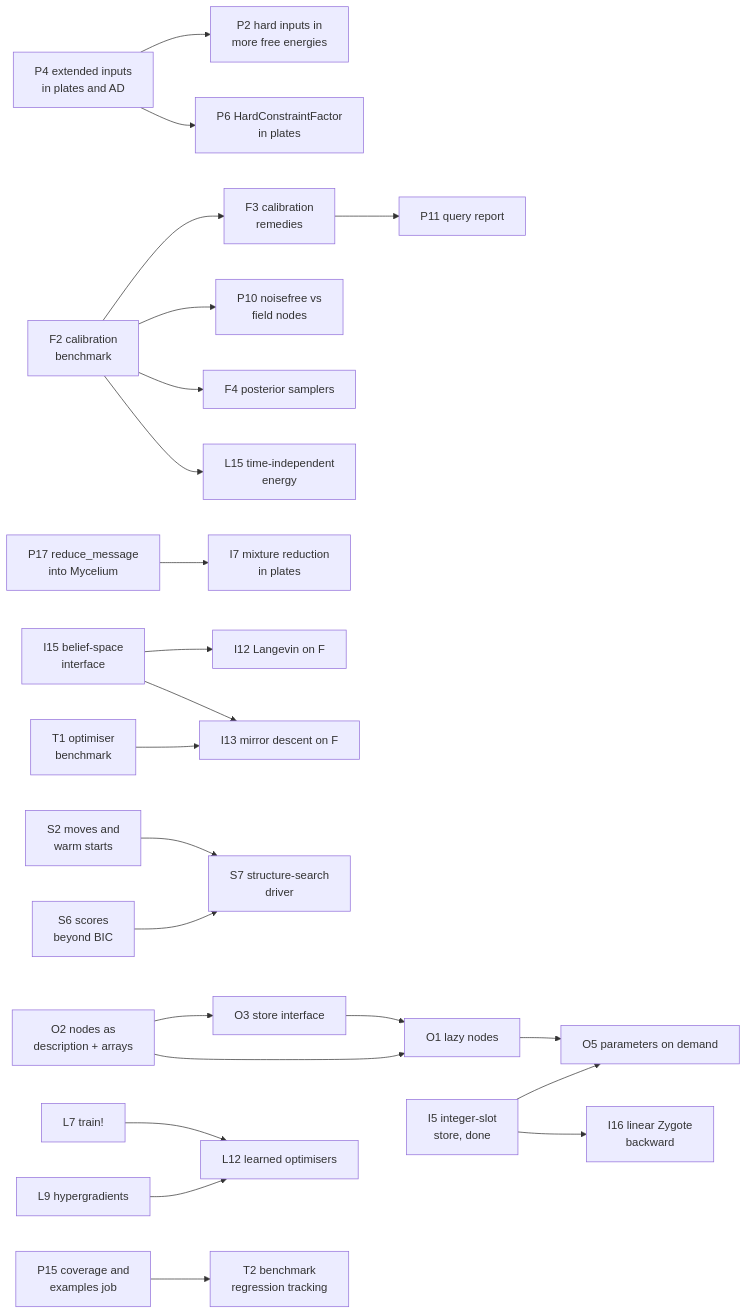
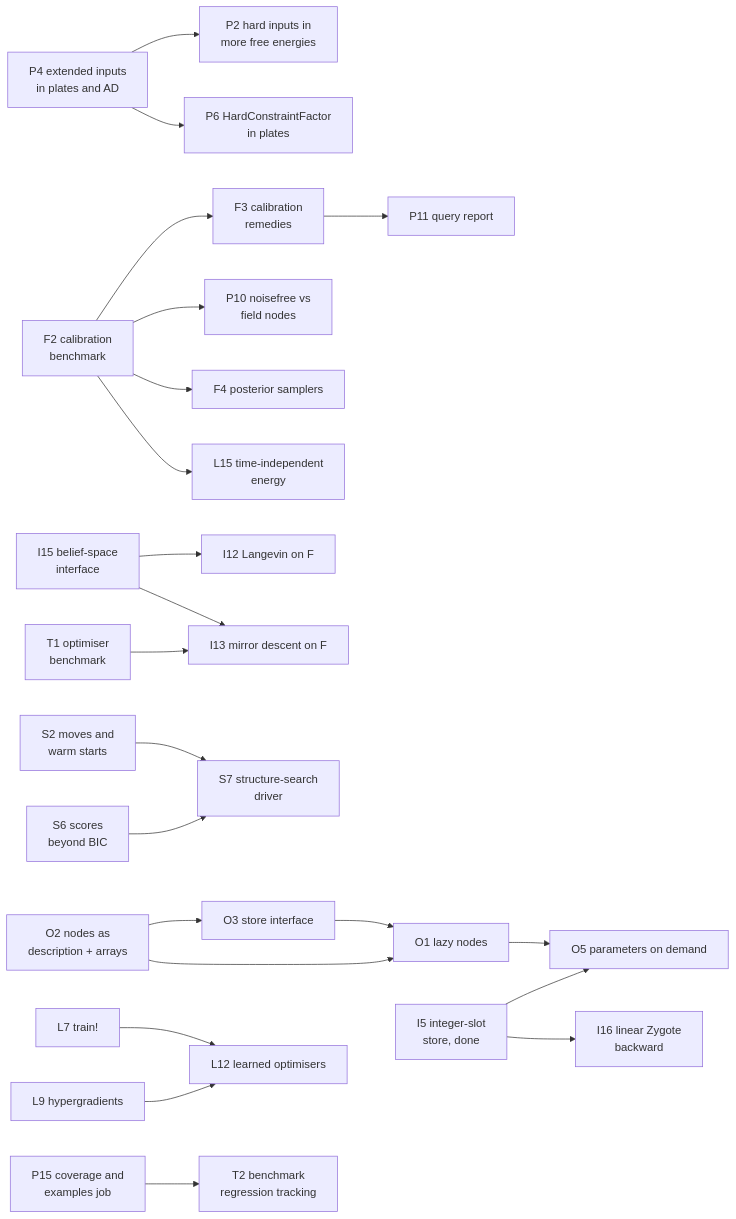
Before and after one commit to MathStruct/Lenticulum.jl: the diagram in vault/Project/Feature Backlog.md, drawn with Mermaid. The commit also changed other lines of this file and 23 other files, not shown here.

First line of the commit message:
P17, P18: mixture reduction into Mycelium, sample moments into LenticulumCore

````diff
--- a/vault/Project/Feature Backlog.md
+++ b/vault/Project/Feature Backlog.md
@@ -25,25 +25,24 @@
 ```mermaid
 graph LR
   P4[P4 extended inputs<br/>in plates and AD] --> P2[P2 hard inputs in<br/>more free energies]
   P4 --> P6[P6 HardConstraintFactor<br/>in plates]
   F2[F2 calibration<br/>benchmark] --> F3[F3 calibration<br/>remedies]
   F3 --> P11[P11 query report]
   F2 --> P10[P10 noisefree vs<br/>field nodes]
   F2 --> F4[F4 posterior samplers]
   F2 --> L15[L15 time-independent<br/>energy]
-  P17[P17 reduce_message<br/>into Mycelium] --> I7[I7 mixture reduction<br/>in plates]
   I15[I15 belief-space<br/>interface] --> I12[I12 Langevin on F]
   I15 --> I13[I13 mirror descent on F]
   T1[T1 optimiser<br/>benchmark] --> I13
   O2[O2 nodes as<br/>description + arrays] --> O3[O3 store interface]
   O2 --> O1[O1 lazy nodes]
   O3 --> O1
   O1 --> O5[O5 parameters on demand]
   I5[I5 integer-slot<br/>store, done] --> O5
   I5 --> I16[I16 linear Zygote<br/>backward]
   S2[S2 moves and<br/>warm starts] --> S7[S7 structure-search<br/>driver]
   S6[S6 scores<br/>beyond BIC] --> S7
   L7[L7 train!] --> L12[L12 learned optimisers]
   L9[L9 hypergradients] --> L12
   P15[P15 coverage and<br/>examples job] --> T2[T2 benchmark<br/>regression tracking]
 ```
````
